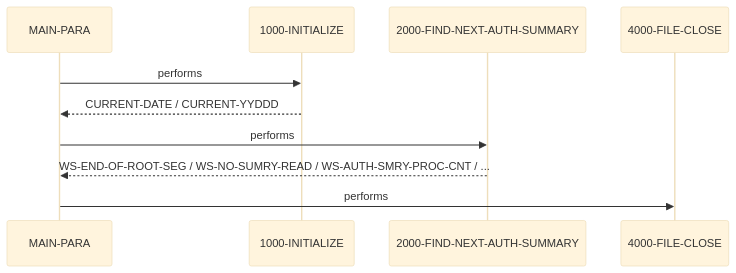
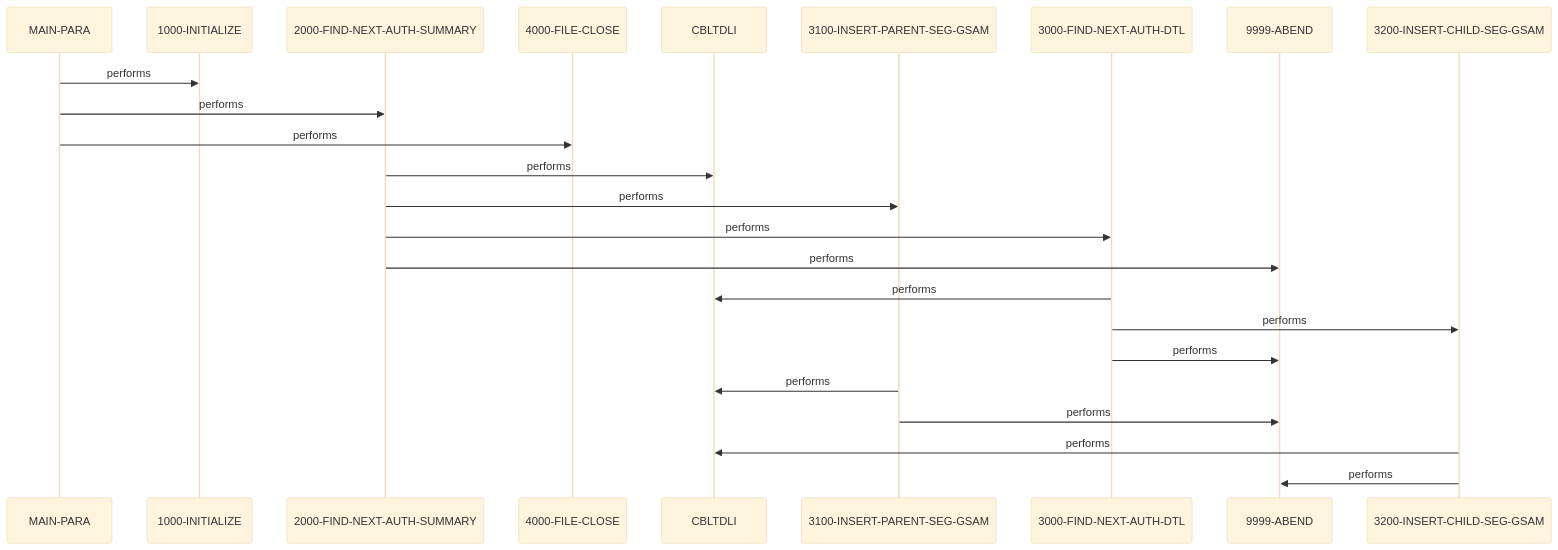
The second of 2 diagrams in example_output/cbl/DBUNLDGS.CBL.md (andrasfe/war_rig), drawn with Mermaid (base theme) before and after one commit. The commit also changed other lines of this file and 264 other files, not shown here.

````diff
--- a/example_output/cbl/DBUNLDGS.CBL.md
+++ b/example_output/cbl/DBUNLDGS.CBL.md
@@ -93,12 +224,26 @@
 ```mermaid
 sequenceDiagram
     participant MAIN_PARA as MAIN-PARA
     participant 1000_INITIALIZE as 1000-INITIALIZE
     participant 2000_FIND_NEXT_AUTH_SUMMARY as 2000-FIND-NEXT-AUTH-SUMMARY
     participant 4000_FILE_CLOSE as 4000-FILE-CLOSE
+    participant CBLTDLI as CBLTDLI
+    participant 3100_INSERT_PARENT_SEG_GSAM as 3100-INSERT-PARENT-SEG-GSAM
+    participant 3000_FIND_NEXT_AUTH_DTL as 3000-FIND-NEXT-AUTH-DTL
+    participant 9999_ABEND as 9999-ABEND
+    participant 3200_INSERT_CHILD_SEG_GSAM as 3200-INSERT-CHILD-SEG-GSAM
     MAIN_PARA->>1000_INITIALIZE: performs
-    1000_INITIALIZE-->>MAIN_PARA: CURRENT-DATE / CURRENT-YYDDD
     MAIN_PARA->>2000_FIND_NEXT_AUTH_SUMMARY: performs
-    2000_FIND_NEXT_AUTH_SUMMARY-->>MAIN_PARA: WS-END-OF-ROOT-SEG / WS-NO-SUMRY-READ / WS-AUTH-SMRY-PROC-CNT / ...
     MAIN_PARA->>4000_FILE_CLOSE: performs
+    2000_FIND_NEXT_AUTH_SUMMARY->>CBLTDLI: performs
+    2000_FIND_NEXT_AUTH_SUMMARY->>3100_INSERT_PARENT_SEG_GSAM: performs
+    2000_FIND_NEXT_AUTH_SUMMARY->>3000_FIND_NEXT_AUTH_DTL: performs
+    2000_FIND_NEXT_AUTH_SUMMARY->>9999_ABEND: performs
+    3000_FIND_NEXT_AUTH_DTL->>CBLTDLI: performs
+    3000_FIND_NEXT_AUTH_DTL->>3200_INSERT_CHILD_SEG_GSAM: performs
+    3000_FIND_NEXT_AUTH_DTL->>9999_ABEND: performs
+    3100_INSERT_PARENT_SEG_GSAM->>CBLTDLI: performs
+    3100_INSERT_PARENT_SEG_GSAM->>9999_ABEND: performs
+    3200_INSERT_CHILD_SEG_GSAM->>CBLTDLI: performs
+    3200_INSERT_CHILD_SEG_GSAM->>9999_ABEND: performs
 ```
````
